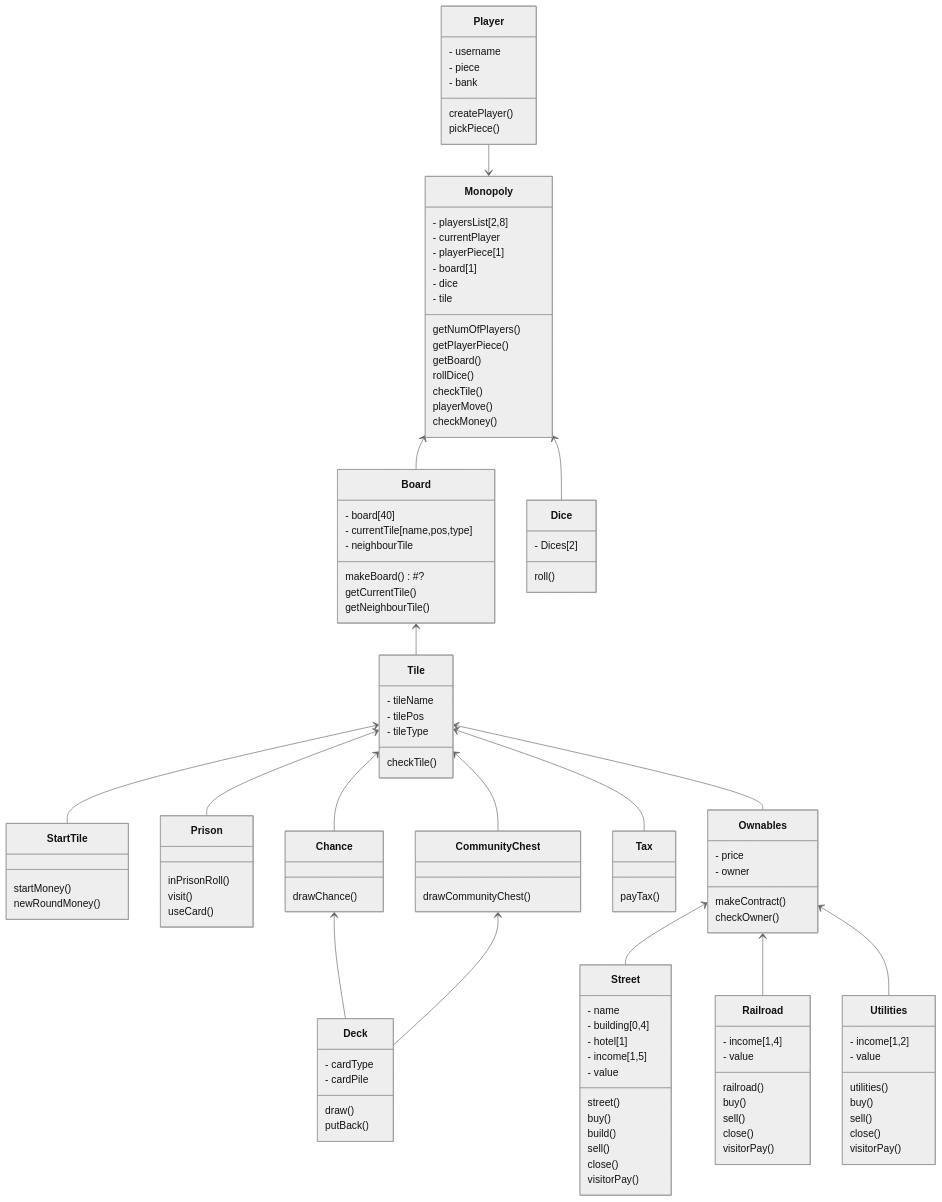
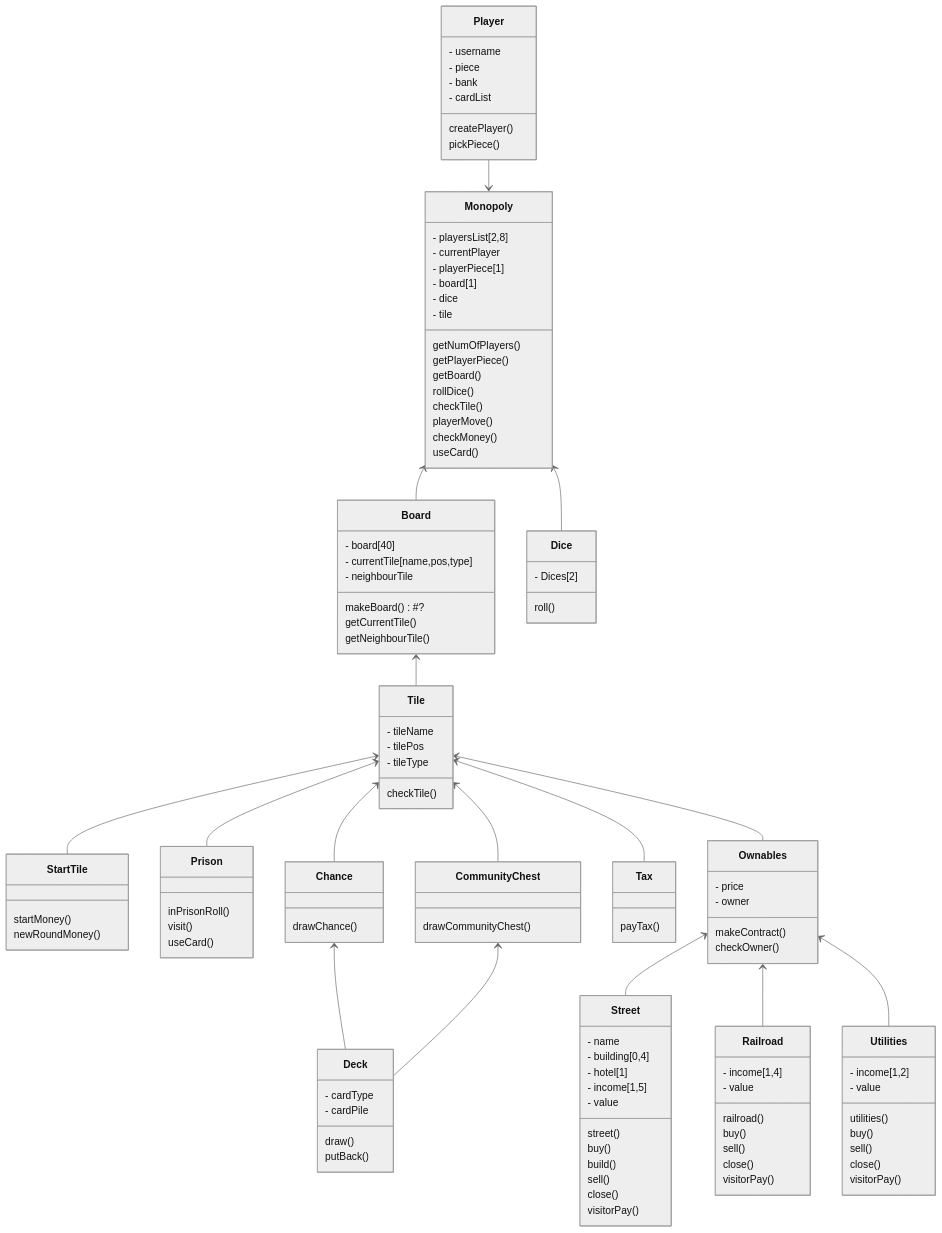
Before and after one commit to Eoyie/ot-harjoitustyo: the diagram in laskarit/viikko3/Monopoli.md, drawn with Mermaid (neutral theme).

Commit message:
Valmis 2

```diff
--- a/laskarit/viikko3/Monopoli.md
+++ b/laskarit/viikko3/Monopoli.md
@@ -29,6 +29,7 @@
           - username
           - piece
           - bank
+          - cardList
           createPlayer()
           pickPiece()
       }
@@ -46,6 +47,7 @@
           checkTile()
           playerMove()
           checkMoney()
+          useCard()
       }
       class Board{
           - board[40]
```
